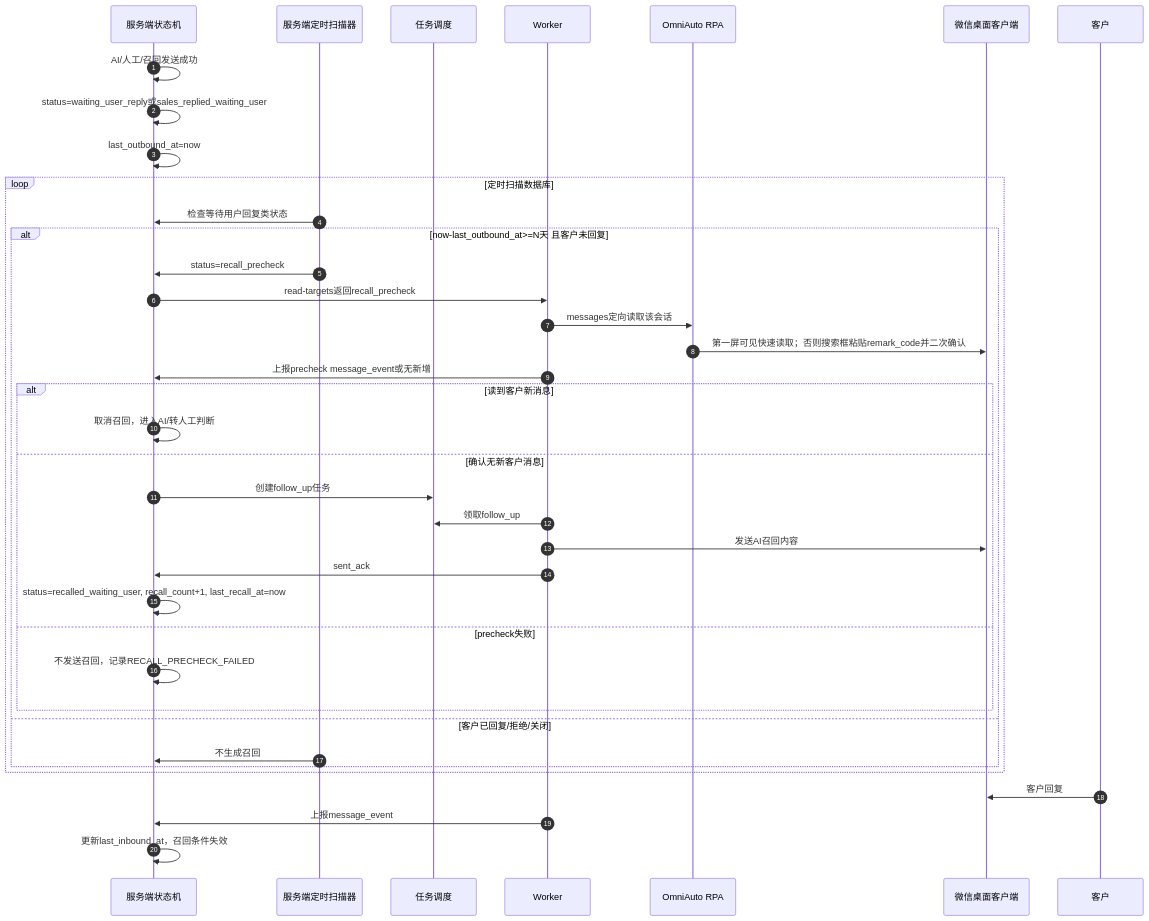
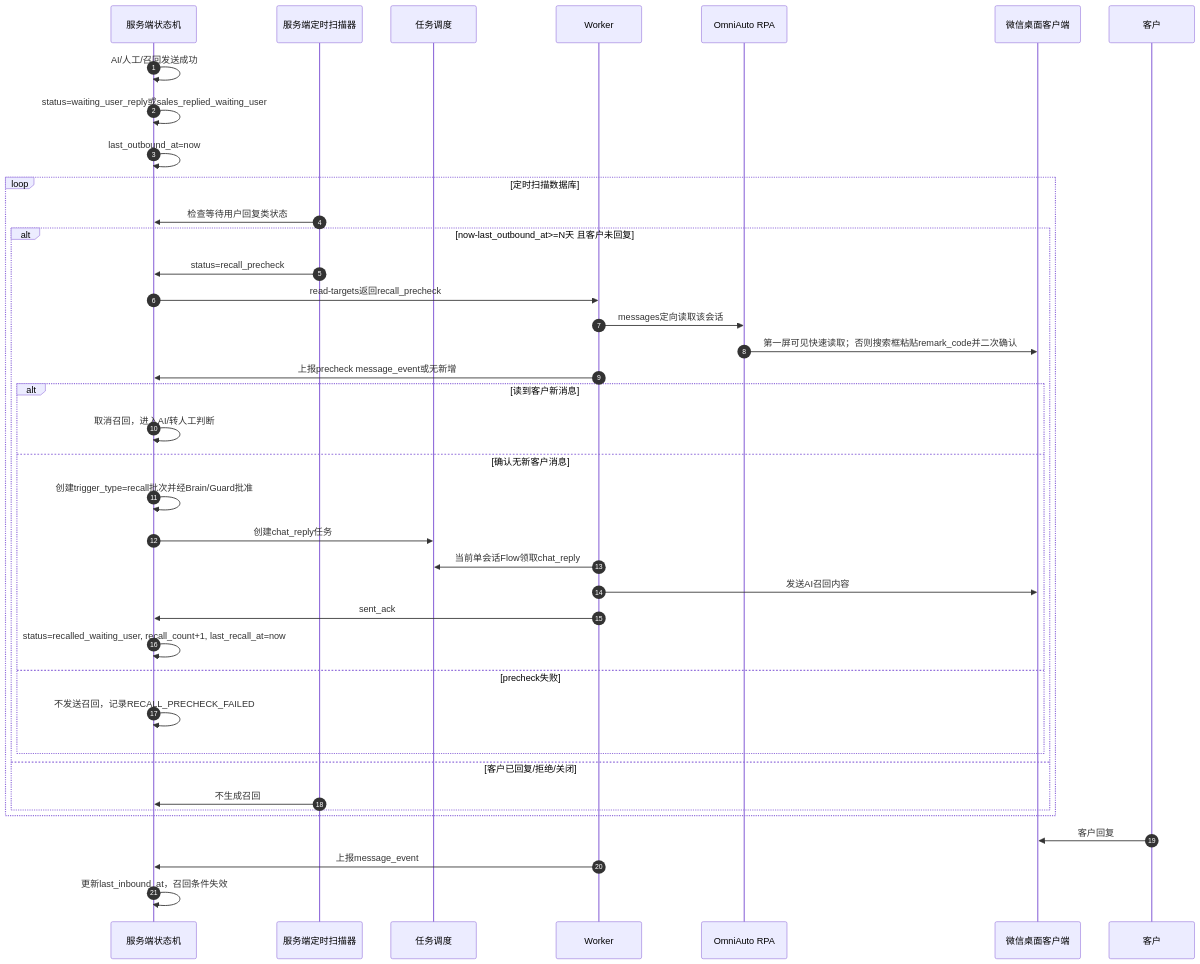
Before and after one commit to edwardzhang0304/chejin-ai-sales: the seventh of 13 diagrams in deliverables/AI智能客服售前跟进系统_UML图_v0.7.md, drawn with Mermaid. The commit also changed other lines of this file and 185 other files, not shown here.

````diff
--- a/deliverables/AI智能客服售前跟进系统_UML图_v0.7.md
+++ b/deliverables/AI智能客服售前跟进系统_UML图_v0.7.md
@@ -436,43 +438,44 @@
 ```mermaid
 sequenceDiagram
     autonumber
     participant CP as 服务端状态机
     participant Scan as 服务端定时扫描器
     participant TS as 任务调度
     participant W as Worker
     participant OA as OmniAuto RPA
     participant WX as 微信桌面客户端
     participant C as 客户
 
     CP->>CP: AI/人工/召回发送成功
     CP->>CP: status=waiting_user_reply或sales_replied_waiting_user
     CP->>CP: last_outbound_at=now
 
     loop 定时扫描数据库
         Scan->>CP: 检查等待用户回复类状态
         alt now-last_outbound_at>=N天 且客户未回复
             Scan->>CP: status=recall_precheck
             CP->>W: read-targets返回recall_precheck
             W->>OA: messages定向读取该会话
             OA->>WX: 第一屏可见快速读取；否则搜索框粘贴remark_code并二次确认
             W->>CP: 上报precheck message_event或无新增
             alt 读到客户新消息
                 CP->>CP: 取消召回，进入AI/转人工判断
             else 确认无新客户消息
-                CP->>TS: 创建follow_up任务
-                W->>TS: 领取follow_up
+                CP->>CP: 创建trigger_type=recall批次并经Brain/Guard批准
+                CP->>TS: 创建chat_reply任务
+                W->>TS: 当前单会话Flow领取chat_reply
                 W->>WX: 发送AI召回内容
                 W->>CP: sent_ack
                 CP->>CP: status=recalled_waiting_user, recall_count+1, last_recall_at=now
             else precheck失败
                 CP->>CP: 不发送召回，记录RECALL_PRECHECK_FAILED
             end
         else 客户已回复/拒绝/关闭
             Scan->>CP: 不生成召回
         end
     end
 
     C->>WX: 客户回复
     W->>CP: 上报message_event
     CP->>CP: 更新last_inbound_at，召回条件失效
 ```
````
